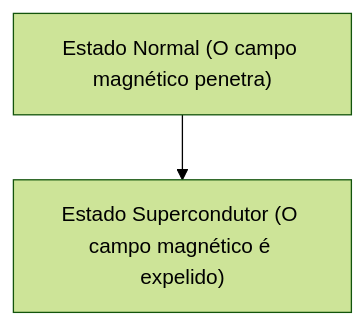
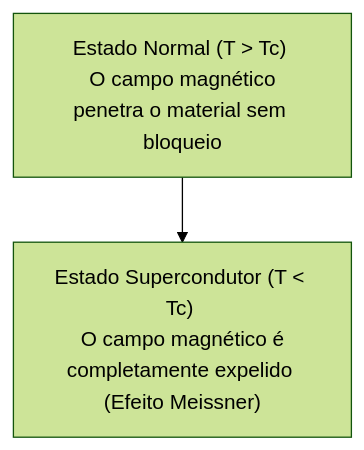
The diagram in content/post/physics-superconductivity/index.pt.md (kenjinote/blog), drawn with Mermaid (forest theme) before and after one commit. The commit also changed other lines of this file and 219 other files, not shown here.

````diff
--- a/content/post/physics-superconductivity/index.pt.md
+++ b/content/post/physics-superconductivity/index.pt.md
@@ -17,4 +32,4 @@
 ```mermaid
 flowchart TD
-    A["Estado Normal (O campo magnético penetra)"] --> B["Estado Supercondutor (O campo magnético é expelido)"]
+    A["Estado Normal (T > Tc) \n O campo magnético penetra o material sem bloqueio"] --> B["Estado Supercondutor (T < Tc) \n O campo magnético é completamente expelido (Efeito Meissner)"]
 ```
````
